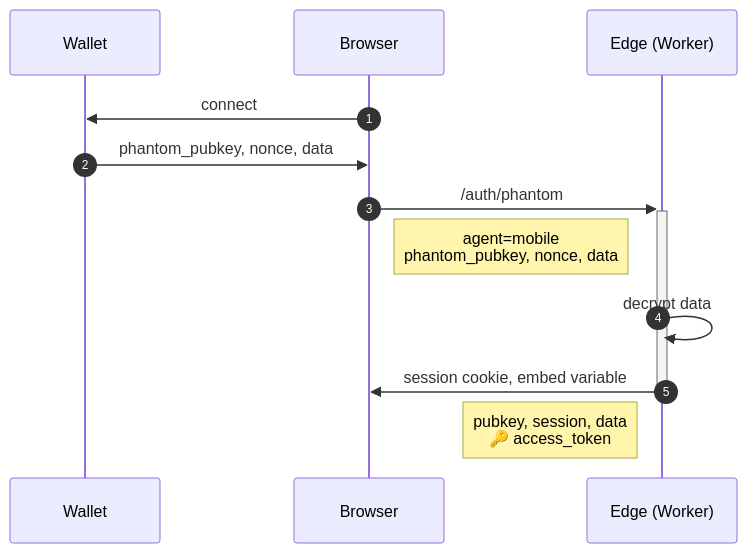
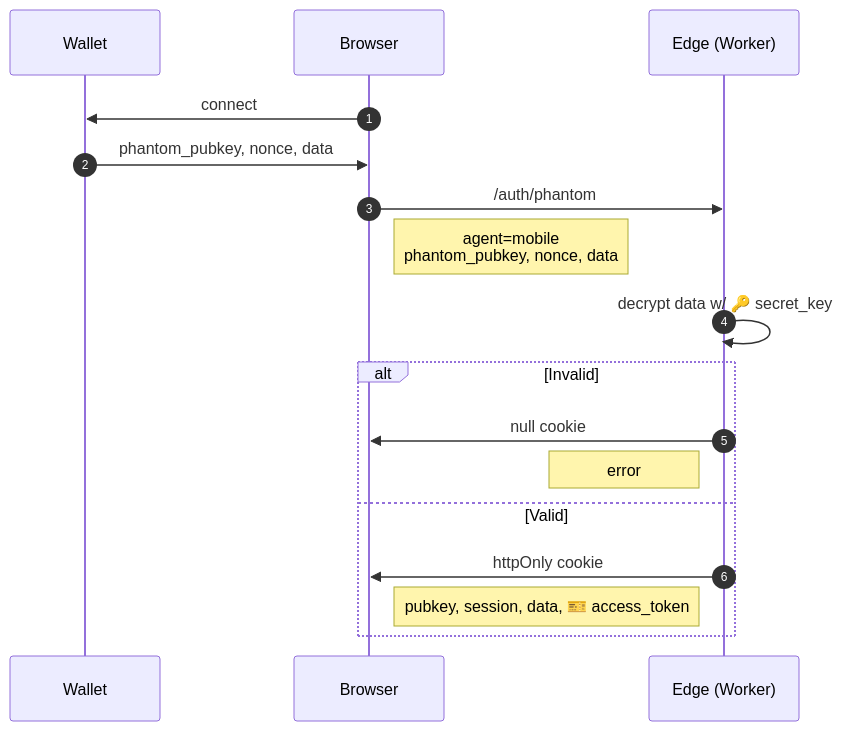
The second of 5 diagrams in src/solana/nft-memberships.md (gist-rs/book), drawn with Mermaid before and after one commit. The commit also changed other lines of this file and 2 other files, not shown here.

Commit message:
changed approach, use js, cookie

````diff
--- a/src/solana/nft-memberships.md
+++ b/src/solana/nft-memberships.md
@@ -20,14 +20,19 @@
 ```mermaid
 sequenceDiagram
   autonumber
   participant wallet as Wallet
   participant browser as Browser
   participant edge as Edge (Worker)
   browser->>wallet: connect
   wallet->>browser: phantom_pubkey, nonce, data
-  browser->>+edge: /auth/phantom
+  browser->>edge: /auth/phantom
   Note right of browser: agent=mobile<br>phantom_pubkey, nonce, data
-  edge->>edge: decrypt data
-  edge->>-browser: session cookie, embed variable
-  Note left of edge: pubkey, session, data<br>🔑 access_token
+  edge->>edge: decrypt data w/ 🔑 secret_key
+  alt Invalid
+    edge->>browser: null cookie
+    Note left of edge: error
+  else Valid
+    edge->>browser: httpOnly cookie
+    Note left of edge: pubkey, session, data, 🎫 access_token
+  end
 ```
````
